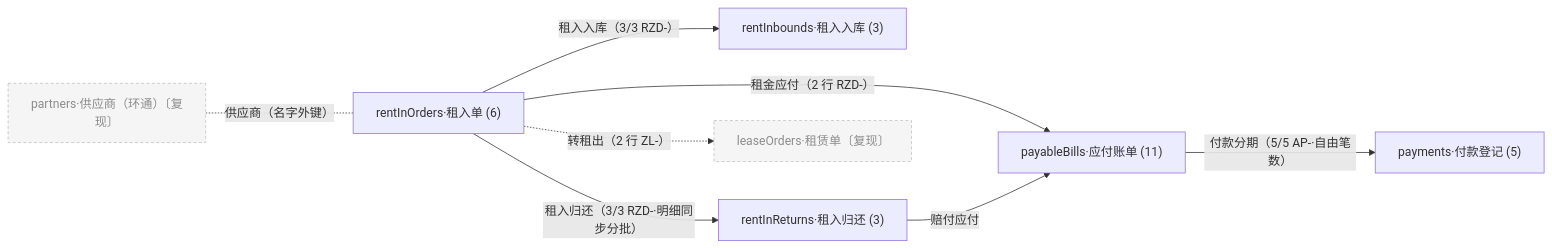
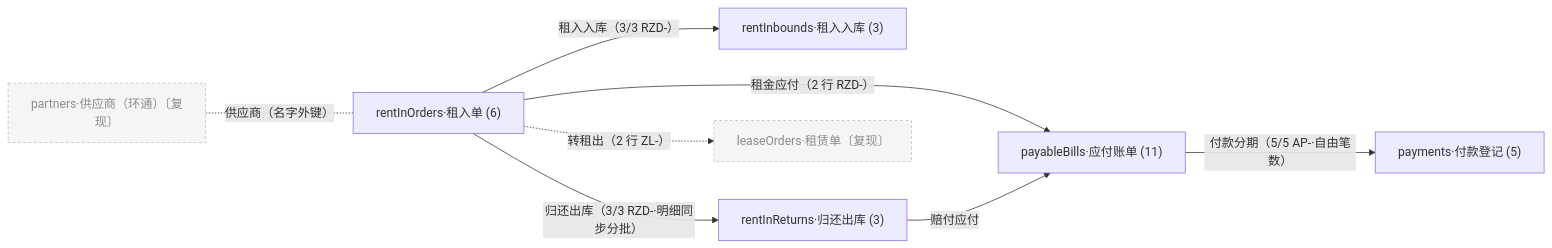
Before and after one commit to lyuxiaohei/auto-parts-rental: the sixth of 7 diagrams in P3-R01-包装租赁管理后台原型/P3-R01-A06-实体关系与状态机.md, drawn with Mermaid. The commit also changed other lines of this file and 289 other files, not shown here.

````diff
--- a/P3-R01-包装租赁管理后台原型/P3-R01-A06-实体关系与状态机.md
+++ b/P3-R01-包装租赁管理后台原型/P3-R01-A06-实体关系与状态机.md
@@ -271,19 +271,19 @@
 ```mermaid
 flowchart LR
   RZD["rentInOrders·租入单 (6)"]
   ZR["rentInbounds·租入入库 (3)"]
-  GH["rentInReturns·租入归还 (3)"]
+  GH["rentInReturns·归还出库 (3)"]
   AP["payableBills·应付账单 (11)"]
   PM["payments·付款登记 (5)"]
   ZL0["leaseOrders·租赁单〔复现〕"]
   SG["partners·供应商（环通）〔复现〕"]
   RZD -->|"租入入库（3/3 RZD-）"| ZR
-  RZD -->|"租入归还（3/3 RZD-·明细同步分批）"| GH
+  RZD -->|"归还出库（3/3 RZD-·明细同步分批）"| GH
   RZD -->|"租金应付（2 行 RZD-）"| AP
   GH -->|"赔付应付"| AP
   AP -->|"付款分期（5/5 AP-·自由笔数）"| PM
   RZD -. "转租出（2 行 ZL-）" .-> ZL0
   SG -. "供应商（名字外键）" .- RZD
   classDef gray fill:#f5f5f5,stroke:#bfbfbf,stroke-dasharray:4 3,color:#8c8c8c;
   class ZL0,SG gray;
 ```
````
